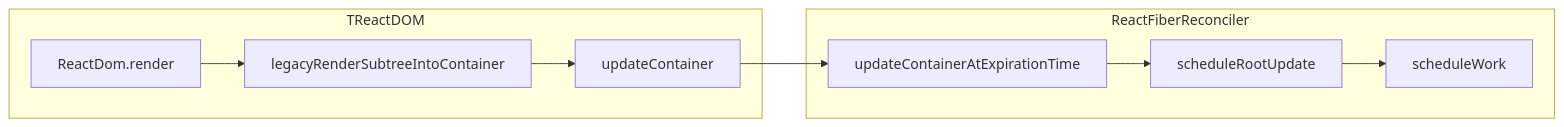
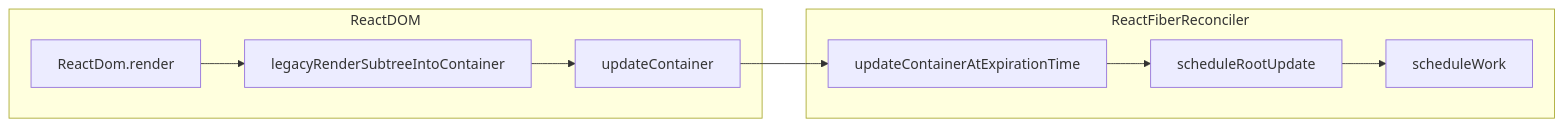
Before and after one commit to luxp/react-in-depth: the first of 2 diagrams in 01.hello-world.md, drawn with Mermaid.

````diff
--- a/01.hello-world.md
+++ b/01.hello-world.md
@@ -80,14 +80,14 @@
 ```mermaid
 graph LR
 
-subgraph TReactDOM
+subgraph ReactDOM
 ReactDom.render --> legacyRenderSubtreeIntoContainer
 legacyRenderSubtreeIntoContainer --> updateContainer
 end
 
 subgraph ReactFiberReconciler
 updateContainer --> updateContainerAtExpirationTime
 updateContainerAtExpirationTime --> scheduleRootUpdate
 scheduleRootUpdate --> scheduleWork
 end
 ```
````
